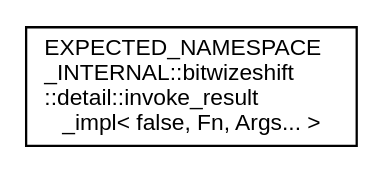
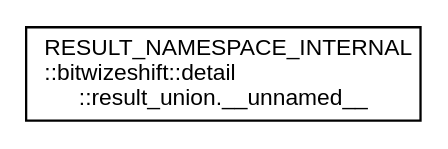
The diagram in api/latest/inherit_graph_16.dot (bitwizeshift/result), drawn with Graphviz before and after one commit. The commit also changed 431 other files, not shown here.

```diff
--- a/api/latest/inherit_graph_16.dot
+++ b/api/latest/inherit_graph_16.dot
@@ -1,7 +1,7 @@
 digraph "Graphical Class Hierarchy"
 {
   edge [fontname="Helvetica",fontsize="10",labelfontname="Helvetica",labelfontsize="10"];
   node [fontname="Helvetica",fontsize="10",shape=record];
   rankdir="LR";
-  Node0 [label="EXPECTED_NAMESPACE\l_INTERNAL::bitwizeshift\l::detail::invoke_result\l_impl\< false, Fn, Args... \>",height=0.2,width=0.4,color="black", fillcolor="white", style="filled",URL="$da/dc5/struct_e_x_p_e_c_t_e_d___n_a_m_e_s_p_a_c_e___i_n_t_e_r_n_a_l_1_1bitwizeshift_1_1detail_1_1invokec07b3dc51b039c812b3e737e9f663ac2.html"];
+  Node0 [label="RESULT_NAMESPACE_INTERNAL\l::bitwizeshift::detail\l::result_union.__unnamed__",height=0.2,width=0.4,color="black", fillcolor="white", style="filled",URL="$da/db6/union_r_e_s_u_l_t___n_a_m_e_s_p_a_c_e___i_n_t_e_r_n_a_l_1_1bitwizeshift_1_1detail_1_1result__union_8____unnamed____.html"];
 }
```
